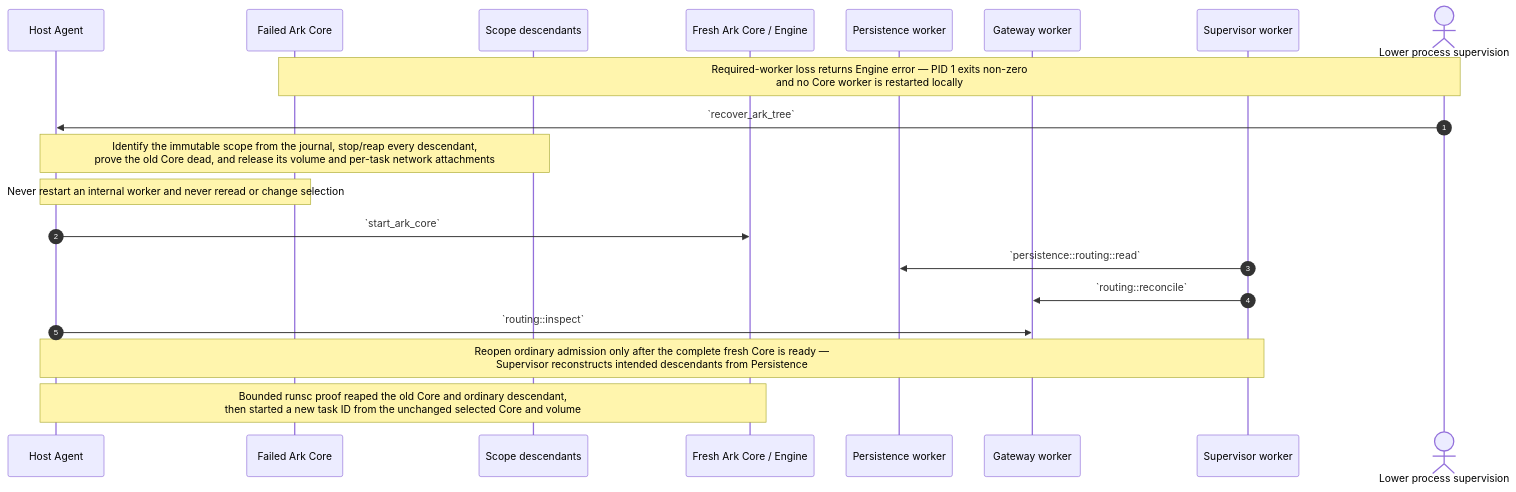
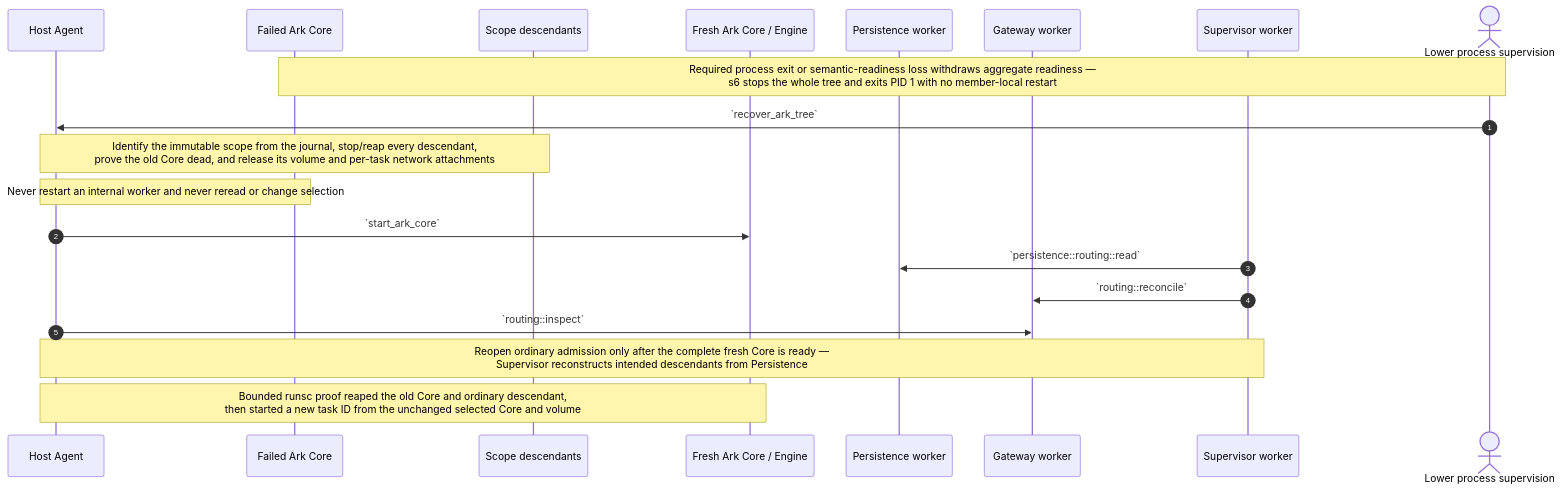
The fifth of 17 diagrams in source/chambers-lifecycle-sequences.md (dreamcatcher-tech/chambers-lifecycle-explorer), drawn with Mermaid before and after one commit. The commit also changed other lines of this file and 8 other files, not shown here.

````diff
--- a/source/chambers-lifecycle-sequences.md
+++ b/source/chambers-lifecycle-sequences.md
@@ -585,23 +600,23 @@
 ```mermaid
 sequenceDiagram
     autonumber
     participant HostAgent as Host Agent
     participant Core as Failed Ark Core
     participant Members as Scope descendants
     participant Fresh as Fresh Ark Core / Engine
     participant Persistence as Persistence worker
     participant Gateway as Gateway worker
     participant Supervisor as Supervisor worker
     actor Monitor as Lower process supervision
 
-    Note over Core,Monitor: Required-worker loss returns Engine error — PID 1 exits non-zero<br/>and no Core worker is restarted locally
+    Note over Core,Monitor: Required process exit or semantic-readiness loss withdraws aggregate readiness —<br/>s6 stops the whole tree and exits PID 1 with no member-local restart
     Monitor->>HostAgent: `recover_ark_tree`
     Note over HostAgent,Members: Identify the immutable scope from the journal, stop/reap every descendant,<br/>prove the old Core dead, and release its volume and per-task network attachments
     Note over HostAgent,Core: Never restart an internal worker and never reread or change selection
     HostAgent->>Fresh: `start_ark_core`
     Supervisor->>Persistence: `persistence::routing::read`
     Supervisor->>Gateway: `routing::reconcile`
     HostAgent->>Gateway: `routing::inspect`
     Note over HostAgent,Supervisor: Reopen ordinary admission only after the complete fresh Core is ready —<br/>Supervisor reconstructs intended descendants from Persistence
     Note over HostAgent,Fresh: Bounded runsc proof reaped the old Core and ordinary descendant,<br/>then started a new task ID from the unchanged selected Core and volume
 ```
````
